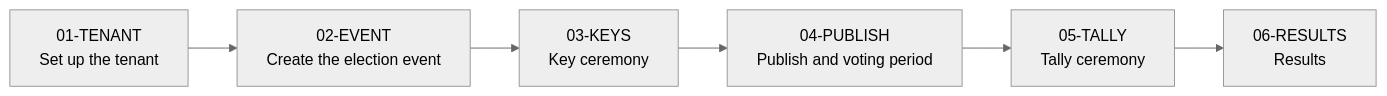
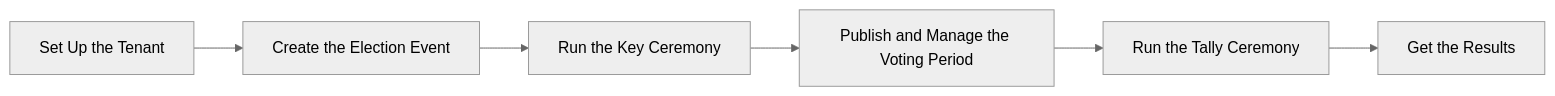
Before and after one commit to sequentech/step: the diagram in docs/docusaurus/docs/02-election_managers/00-before-you-start.md, drawn with Mermaid (neutral theme). The commit also changed other lines of this file and 30 other files, not shown here.

````diff
--- a/docs/docusaurus/docs/02-election_managers/00-before-you-start.md
+++ b/docs/docusaurus/docs/02-election_managers/00-before-you-start.md
@@ -19,8 +18,8 @@
 ```mermaid
 flowchart LR
-  T[01-TENANT<br/>Set up the tenant] --> E[02-EVENT<br/>Create the election event]
-  E --> K[03-KEYS<br/>Key ceremony]
-  K --> P[04-PUBLISH<br/>Publish and voting period]
-  P --> Y[05-TALLY<br/>Tally ceremony]
-  Y --> R[06-RESULTS<br/>Results]
+  T[Set Up the Tenant] --> E[Create the Election Event]
+  E --> K[Run the Key Ceremony]
+  K --> P[Publish and Manage the Voting Period]
+  P --> Y[Run the Tally Ceremony]
+  Y --> R[Get the Results]
 ```
````
